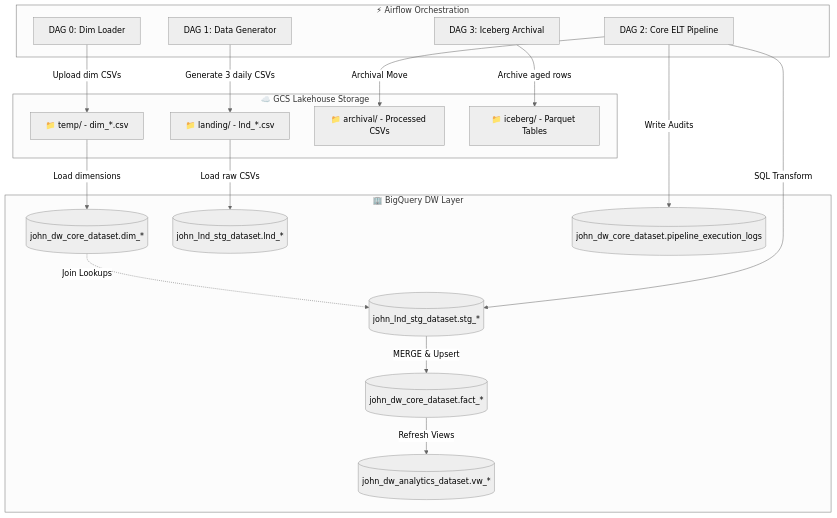
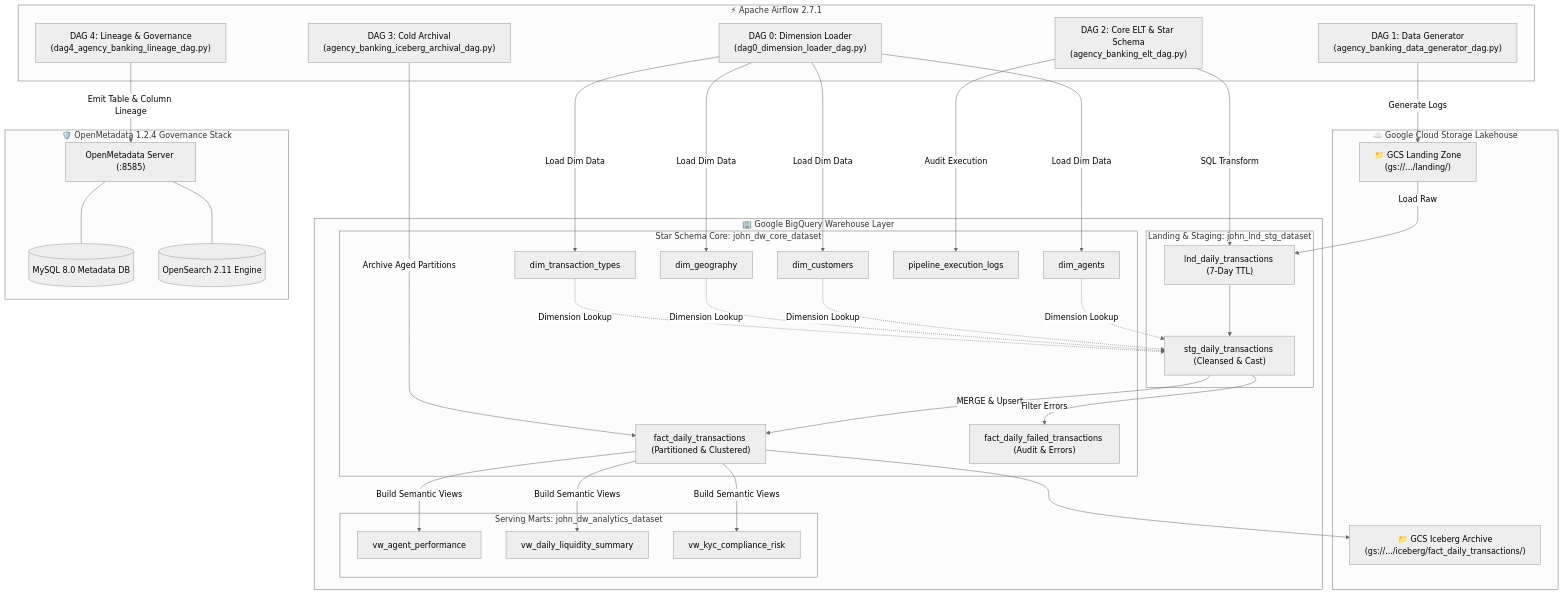
One commit to 40tify/3mttc3deprojects changed the first of 2 diagrams in README.md. Above: the diagram before and after it, drawn with Mermaid (neutral theme). The commit also changed other lines of this file, not shown here.

Commit message:
docs: update README with technology badges, documentation table, and revised architecture diagram

````diff
--- a/README.md
+++ b/README.md
@@ -20,40 +30,56 @@
 ```mermaid
 graph TD
-    subgraph Orchestration [⚡ Airflow Orchestration]
-        DAG0[DAG 0: Dim Loader]
-        DAG1[DAG 1: Data Generator]
-        DAG2[DAG 2: Core ELT Pipeline]
-        DAG3[DAG 3: Iceberg Archival]
+    subgraph Storage_Layer [☁️ Google Cloud Storage Lakehouse]
+        GCS_LND["📁 GCS Landing Zone<br/>(gs://.../landing/)"]
+        GCS_ICE["📁 GCS Iceberg Archive<br/>(gs://.../iceberg/fact_daily_transactions/)"]
     end
 
-    subgraph GCS [☁️ GCS Lakehouse Storage]
-        GCS_TMP[📁 temp/ - dim_*.csv]
-        GCS_LND[📁 landing/ - lnd_*.csv]
-        GCS_ARC[📁 archival/ - Processed CSVs]
-        GCS_ICE[📁 iceberg/ - Parquet Tables]
+    subgraph Orchestration [⚡ Apache Airflow 2.7.1]
+        DAG0["DAG 0: Dimension Loader<br/>(dag0_dimension_loader_dag.py)"]
+        DAG1["DAG 1: Data Generator<br/>(agency_banking_data_generator_dag.py)"]
+        DAG2["DAG 2: Core ELT & Star Schema<br/>(agency_banking_elt_dag.py)"]
+        DAG3["DAG 3: Cold Archival<br/>(agency_banking_iceberg_archival_dag.py)"]
+        DAG4["DAG 4: Lineage & Governance<br/>(dag4_agency_banking_lineage_dag.py)"]
     end
 
-    subgraph BigQuery [🏢 BigQuery DW Layer]
-        BQ_DIM[(john_dw_core_dataset.dim_*)]
-        BQ_LND[(john_lnd_stg_dataset.lnd_*)]
-        BQ_STG[(john_lnd_stg_dataset.stg_*)]
-        BQ_FACT[(john_dw_core_dataset.fact_*)]
-        BQ_VIEWS[(john_dw_analytics_dataset.vw_*)]
-        BQ_LOGS[(john_dw_core_dataset.pipeline_execution_logs)]
+    subgraph BigQuery_DW [🏢 Google BigQuery Warehouse Layer]
+        subgraph LND_STG [Landing & Staging: john_lnd_stg_dataset]
+            LND_TBL["lnd_daily_transactions (7-Day TTL)"]
+            STG_TBL["stg_daily_transactions (Cleansed & Cast)"]
+        end
+        subgraph CORE_STAR [Star Schema Core: john_dw_core_dataset]
+            DIM_A["dim_agents"]
+            DIM_C["dim_customers"]
+            DIM_G["dim_geography"]
+            DIM_T["dim_transaction_types"]
+            FACT_TXN["fact_daily_transactions (Partitioned & Clustered)"]
+            FACT_FAIL["fact_daily_failed_transactions (Audit & Errors)"]
+            LOGS["pipeline_execution_logs"]
+        end
+        subgraph ANALYTICS [Serving Marts: john_dw_analytics_dataset]
+            VW_PERF["vw_agent_performance"]
+            VW_LIQ["vw_daily_liquidity_summary"]
+            VW_KYC["vw_kyc_compliance_risk"]
+        end
     end
 
-    DAG0 -->|Upload dim CSVs| GCS_TMP
-    GCS_TMP -->|Load dimensions| BQ_DIM
-    
-    DAG1 -->|Generate 3 daily CSVs| GCS_LND
-    GCS_LND -->|Load raw CSVs| BQ_LND
-    
-    DAG2 -->|SQL Transform| BQ_STG
-    BQ_DIM -.->|Join Lookups| BQ_STG
-    BQ_STG -->|MERGE & Upsert| BQ_FACT
-    BQ_FACT -->|Refresh Views| BQ_VIEWS
-    DAG2 -->|Archival Move| GCS_ARC
-    DAG2 -->|Write Audits| BQ_LOGS
+    subgraph Governance [🛡️ OpenMetadata 1.2.4 Governance Stack]
+        OM_SRV["OpenMetadata Server (:8585)"]
+        OM_DB[("MySQL 8.0 Metadata DB")]
+        OM_SEARCH[("OpenSearch 2.11 Engine")]
+    end
 
-    DAG3 -->|Archive aged rows| GCS_ICE
+    DAG0 -->|Load Dim Data| DIM_A & DIM_C & DIM_G & DIM_T
+    DAG1 -->|Generate Logs| GCS_LND
+    GCS_LND -->|Load Raw| LND_TBL
+    DAG2 -->|SQL Transform| LND_TBL --> STG_TBL
+    DIM_A & DIM_C & DIM_G & DIM_T -.->|Dimension Lookup| STG_TBL
+    STG_TBL -->|MERGE & Upsert| FACT_TXN
+    STG_TBL -->|Filter Errors| FACT_FAIL
+    FACT_TXN -->|Build Semantic Views| VW_PERF & VW_LIQ & VW_KYC
+    DAG2 -->|Audit Execution| LOGS
+    DAG3 -->|Archive Aged Partitions| FACT_TXN --> GCS_ICE
+    DAG4 -->|Emit Table & Column Lineage| OM_SRV
+    OM_SRV --- OM_DB
+    OM_SRV --- OM_SEARCH
 ```
````
